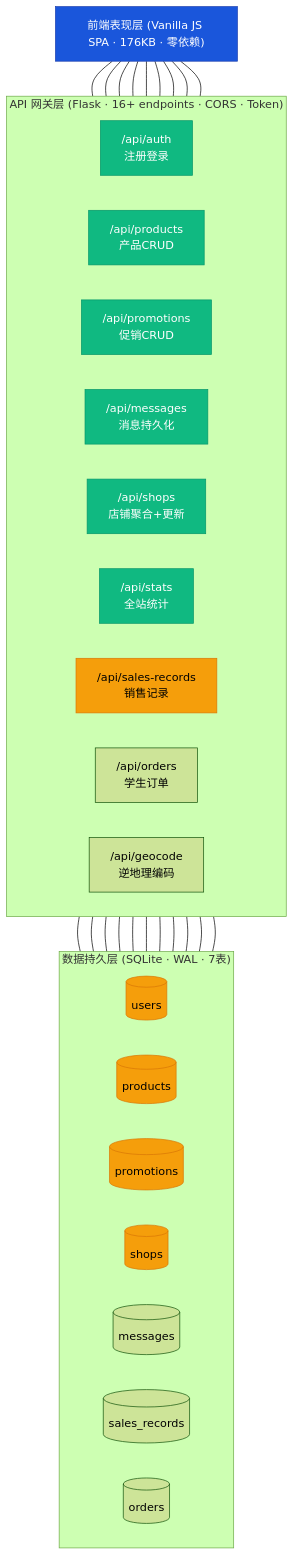
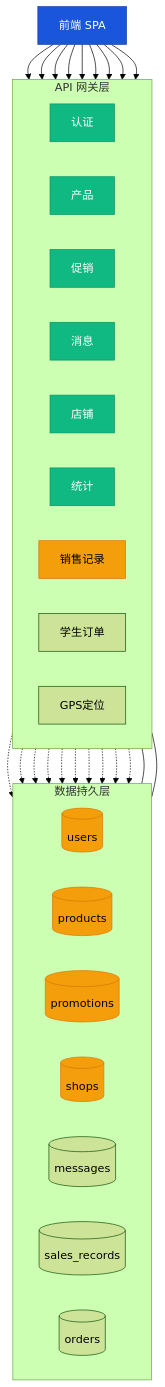
Before and after one commit to WKB999/dian-xiao-man: the first of 2 diagrams in README.md, drawn with Mermaid (forest theme). The commit also changed other lines of this file, not shown here.

Commit message:
fix README: 修复Mermaid架构图渲染,去掉<br/>标签; 消除重复API行; 更新11→16端点/5→7表

````diff
--- a/README.md
+++ b/README.md
@@ -22,62 +22,63 @@
 ```mermaid
 graph TB
-    FRONT["前端表现层 (Vanilla JS SPA · 176KB · 零依赖)"]
+    FRONT["前端 SPA"]
     
-    subgraph API["API 网关层 (Flask · 16+ endpoints · CORS · Token)"]
+    subgraph API["API 网关层"]
         direction LR
-        A["/api/auth<br/>注册登录"]
-        B["/api/products<br/>产品CRUD"]
-        C["/api/promotions<br/>促销CRUD"]
-        D["/api/messages<br/>消息持久化"]
-        E["/api/shops<br/>店铺聚合+更新"]
-        F["/api/stats<br/>全站统计"]
-        G["/api/sales-records<br/>销售记录"]
-        H2["/api/orders<br/>学生订单"]
-        I["/api/geocode<br/>逆地理编码"]
+        A[认证]
+        B[产品]
+        C[促销]
+        D[消息]
+        E[店铺]
+        F[统计]
+        G[销售记录]
+        H2[学生订单]
+        I[GPS定位]
     end
     
-    subgraph DATA["数据持久层 (SQLite · WAL · 7表)"]
+    subgraph DATA["数据持久层"]
         direction LR
         U[("users")]
         P[("products")]
         M[("promotions")]
         H[("shops")]
         G2[("messages")]
         S[("sales_records")]
         O[("orders")]
     end
     
-    FRONT --- A
-    FRONT --- B
-    FRONT --- C
-    FRONT --- D
-    FRONT --- E
-    FRONT --- F
-    FRONT --- G
-    FRONT --- H2
-    FRONT --- I
-    A --- U
-    B --- P
-    C --- M
-    D --- G2
-    E --- H
-    F --- U
-    F --- P
-    F --- M
-    F --- G2
+    FRONT --> A
+    FRONT --> B
+    FRONT --> C
+    FRONT --> D
+    FRONT --> E
+    FRONT --> F
+    FRONT --> G
+    FRONT --> H2
+    FRONT --> I
+    A -.-> U
+    B -.-> P
+    C -.-> M
+    D -.-> G2
+    E -.-> H
+    G -.-> S
+    H2 -.-> O
+    F -.-> U
+    F -.-> P
+    F -.-> M
     G --- S
     H2 --- O
 
     style FRONT fill:#1A56DB,color:#fff,stroke:#1e40af
     style A fill:#10B981,color:#fff,stroke:#059669
     style B fill:#10B981,color:#fff,stroke:#059669
     style C fill:#10B981,color:#fff,stroke:#059669
     style D fill:#10B981,color:#fff,stroke:#059669
     style E fill:#10B981,color:#fff,stroke:#059669
     style F fill:#10B981,color:#fff,stroke:#059669
     style U fill:#F59E0B,stroke:#d97706
     style P fill:#F59E0B,stroke:#d97706
     style M fill:#F59E0B,stroke:#d97706
     style H fill:#F59E0B,stroke:#d97706
     style G fill:#F59E0B,stroke:#d97706
 ```
````
